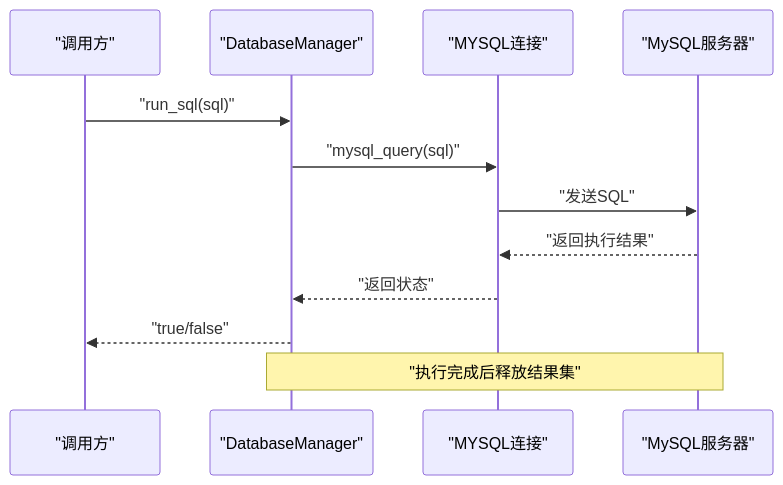
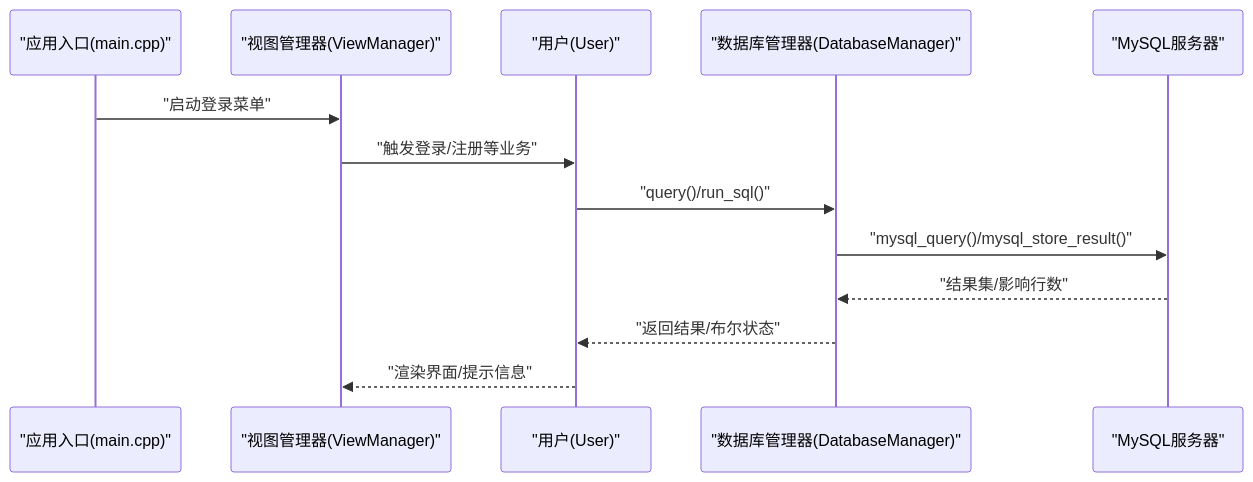
One commit to jinpeng900/OJ-Test changed the second of 8 diagrams in .qoder/repowiki/zh/content/核心模块详解/数据库管理器.md. Above: the diagram before and after it, drawn with Mermaid. The commit also changed other lines of this file and 147 other files, not shown here.

````diff
--- a/.qoder/repowiki/zh/content/核心模块详解/数据库管理器.md
+++ b/.qoder/repowiki/zh/content/核心模块详解/数据库管理器.md
@@ -152,14 +110,15 @@
 ```mermaid
 sequenceDiagram
-participant Caller as "调用方"
-participant DM as "DatabaseManager"
-participant Conn as "MYSQL连接"
+participant App as "应用入口(main.cpp)"
+participant View as "视图管理器(ViewManager)"
+participant User as "用户(User)"
+participant DBMgr as "数据库管理器(DatabaseManager)"
 participant MySQL as "MySQL服务器"
-Caller->>DM : "run_sql(sql)"
-DM->>Conn : "mysql_query(sql)"
-Conn->>MySQL : "发送SQL"
-MySQL-->>Conn : "返回执行结果"
-Conn-->>DM : "返回状态"
-DM-->>Caller : "true/false"
-Note over DM,MySQL : "执行完成后释放结果集"
+App->>View : "启动登录菜单"
+View->>User : "触发登录/注册等业务"
+User->>DBMgr : "query()/run_sql()"
+DBMgr->>MySQL : "mysql_query()/mysql_store_result()"
+MySQL-->>DBMgr : "结果集/影响行数"
+DBMgr-->>User : "返回结果/布尔状态"
+User-->>View : "渲染界面/提示信息"
 ```
````
